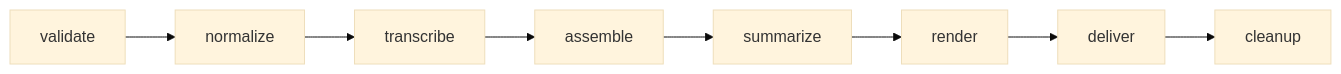
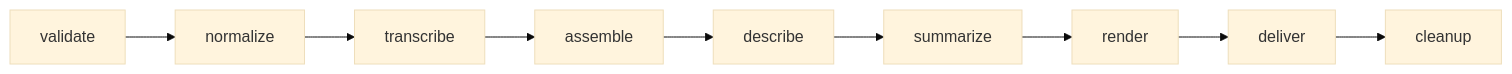
One commit to virtUOS/bbb-recap changed the fourth of 7 diagrams in docs/overview.md. Above: the diagram before and after it, drawn with Mermaid (base theme). The commit also changed other lines of this file and 4 other files, not shown here.

````diff
--- a/docs/overview.md
+++ b/docs/overview.md
@@ -137,4 +137,4 @@
 ```mermaid
 flowchart LR
-  V[validate] --> N[normalize] --> T[transcribe] --> A[assemble] --> S[summarize] --> R[render] --> DL[deliver] --> C[cleanup]
+  V[validate] --> N[normalize] --> T[transcribe] --> A[assemble] --> DS[describe] --> S[summarize] --> R[render] --> DL[deliver] --> C[cleanup]
 ```
````
